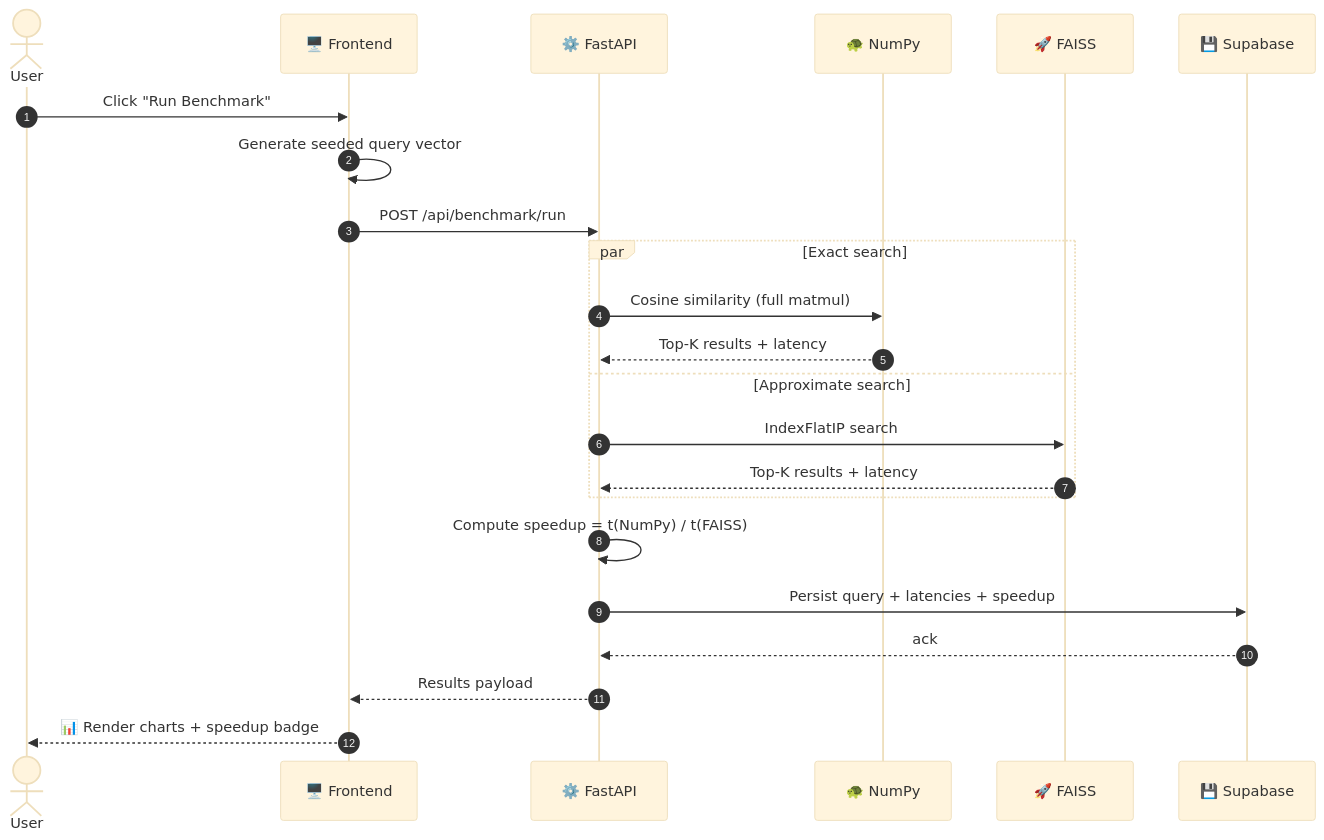
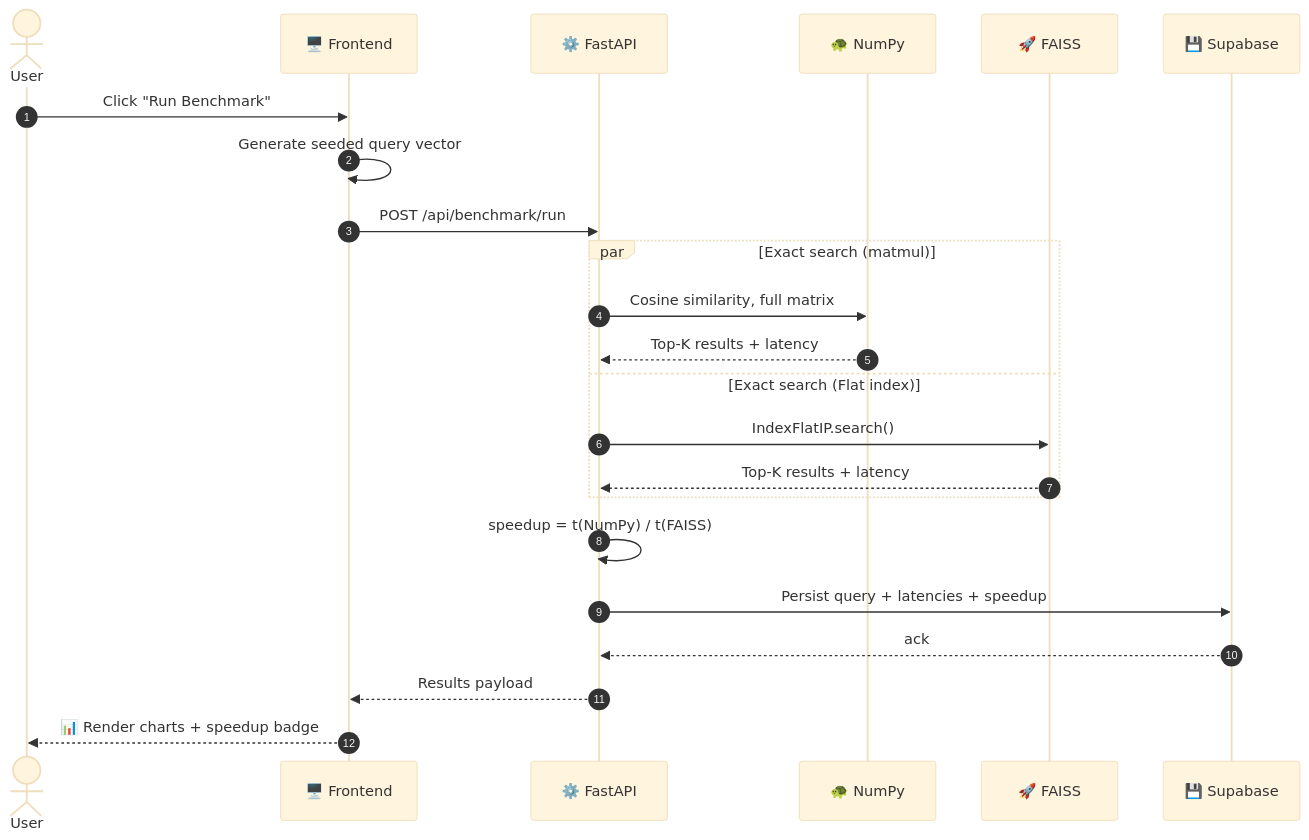
The second of 5 diagrams in README.md (paras160500/RAG-Performance-LAB-FastAPI-React-Tailwind), drawn with Mermaid (base theme) before and after one commit. The commit also changed other lines of this file, not shown here.

````diff
--- a/README.md
+++ b/README.md
@@ -138,26 +138,26 @@
 ```mermaid
 sequenceDiagram
     autonumber
     actor User
     participant UI as 🖥️ Frontend
     participant API as ⚙️ FastAPI
     participant NP as 🐢 NumPy
     participant FS as 🚀 FAISS
     participant DB as 💾 Supabase
 
     User->>UI: Click "Run Benchmark"
     UI->>UI: Generate seeded query vector
     UI->>API: POST /api/benchmark/run
-    par Exact search
-        API->>NP: Cosine similarity (full matmul)
+    par Exact search (matmul)
+        API->>NP: Cosine similarity, full matrix
         NP-->>API: Top-K results + latency
-    and Approximate search
-        API->>FS: IndexFlatIP search
+    and Exact search (Flat index)
+        API->>FS: IndexFlatIP.search()
         FS-->>API: Top-K results + latency
     end
-    API->>API: Compute speedup = t(NumPy) / t(FAISS)
+    API->>API: speedup = t(NumPy) / t(FAISS)
     API->>DB: Persist query + latencies + speedup
     DB-->>API: ack
     API-->>UI: Results payload
     UI-->>User: 📊 Render charts + speedup badge
 ```
````
